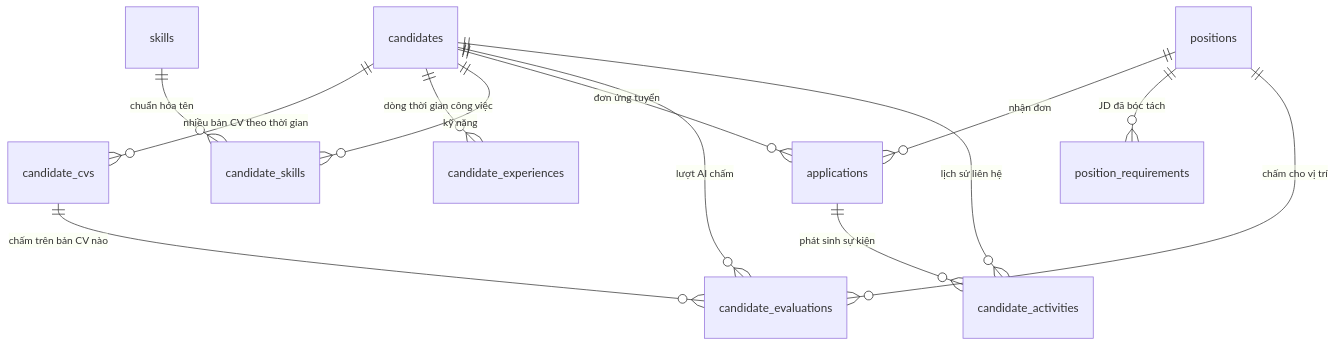
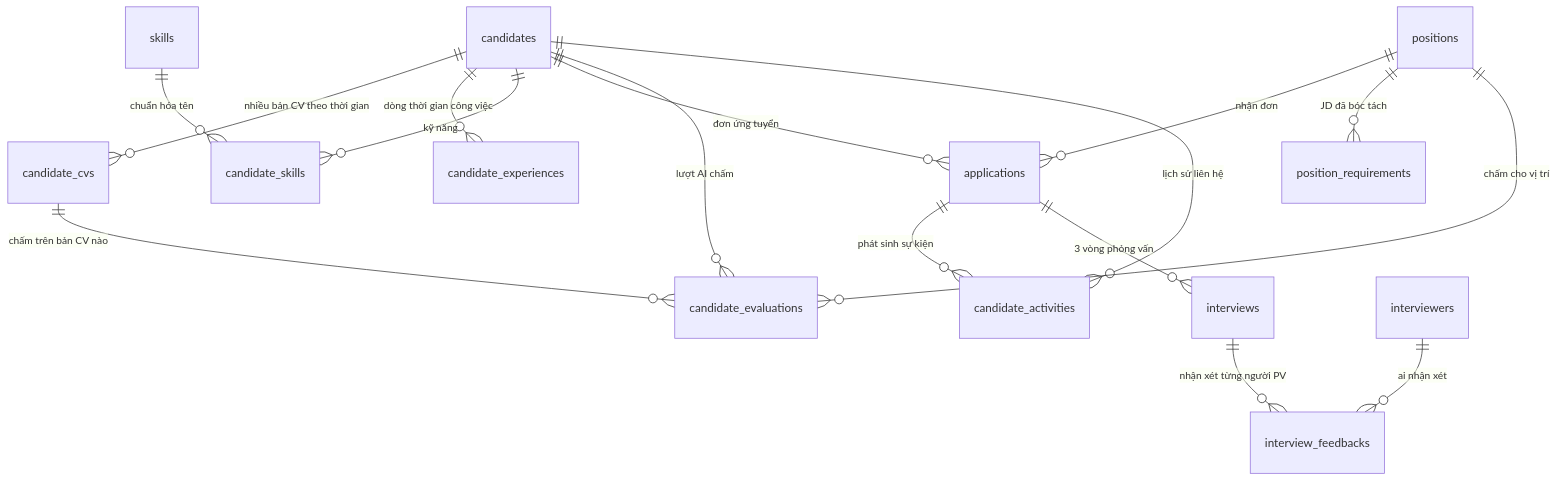
Before and after one commit to TuanAnhDinh123/personal-app: the second of 2 diagrams in docs/db_design.md, drawn with Mermaid. The commit also changed other lines of this file, not shown here.

````diff
--- a/docs/db_design.md
+++ b/docs/db_design.md
@@ -113,15 +120,18 @@
 ```mermaid
 erDiagram
     candidates    ||--o{ candidate_cvs         : "nhiều bản CV theo thời gian"
     candidates    ||--o{ candidate_experiences : "dòng thời gian công việc"
     candidates    ||--o{ candidate_skills      : "kỹ năng"
     candidates    ||--o{ applications          : "đơn ứng tuyển"
     candidates    ||--o{ candidate_evaluations : "lượt AI chấm"
     candidates    ||--o{ candidate_activities  : "lịch sử liên hệ"
     positions     ||--o{ applications          : "nhận đơn"
     positions     ||--o{ position_requirements : "JD đã bóc tách"
     positions     ||--o{ candidate_evaluations : "chấm cho vị trí"
     applications  ||--o{ candidate_activities  : "phát sinh sự kiện"
+    applications  ||--o{ interviews            : "3 vòng phỏng vấn"
+    interviews    ||--o{ interview_feedbacks   : "nhận xét từng người PV"
+    interviewers  ||--o{ interview_feedbacks   : "ai nhận xét"
     candidate_cvs ||--o{ candidate_evaluations : "chấm trên bản CV nào"
     skills        ||--o{ candidate_skills      : "chuẩn hóa tên"
 ```
````
